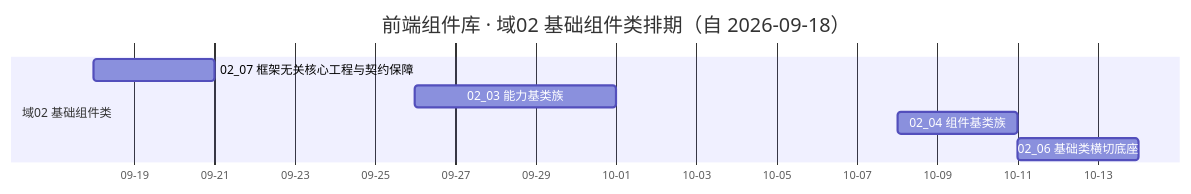
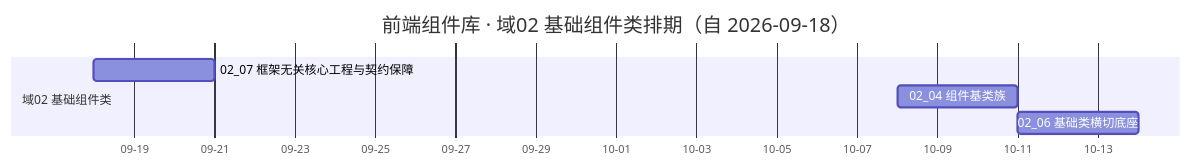
The diagram in bms文档/项目/04_前端组件库/计划/01_计划_前端组件库.md (minjian123/basic-management-system), drawn with Mermaid before and after one commit. The commit also changed other lines of this file and 5 other files, not shown here.

````diff
--- a/bms文档/项目/04_前端组件库/计划/01_计划_前端组件库.md
+++ b/bms文档/项目/04_前端组件库/计划/01_计划_前端组件库.md
@@ -37,11 +37,10 @@
 ```mermaid
 gantt
     title 前端组件库 · 域02 基础组件类排期（自 2026-09-18）
     dateFormat  YYYY-MM-DD
     axisFormat %m-%d
     section 域02 基础组件类
     02_07 框架无关核心工程与契约保障 :a07, 2026-09-18, 3d
-    02_03 能力基类族                 :a03, 2026-09-26, 5d
     02_04 组件基类族                 :a04, 2026-10-08, 3d
     02_06 基础类横切底座             :a06, 2026-10-11, 3d
 ```
````
